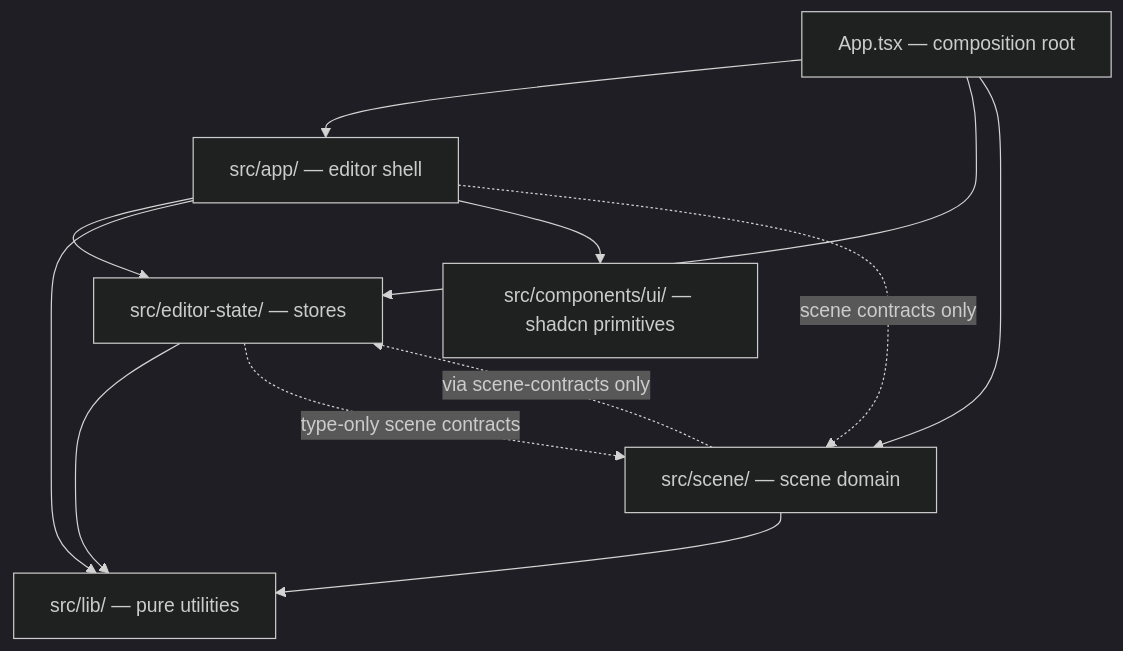
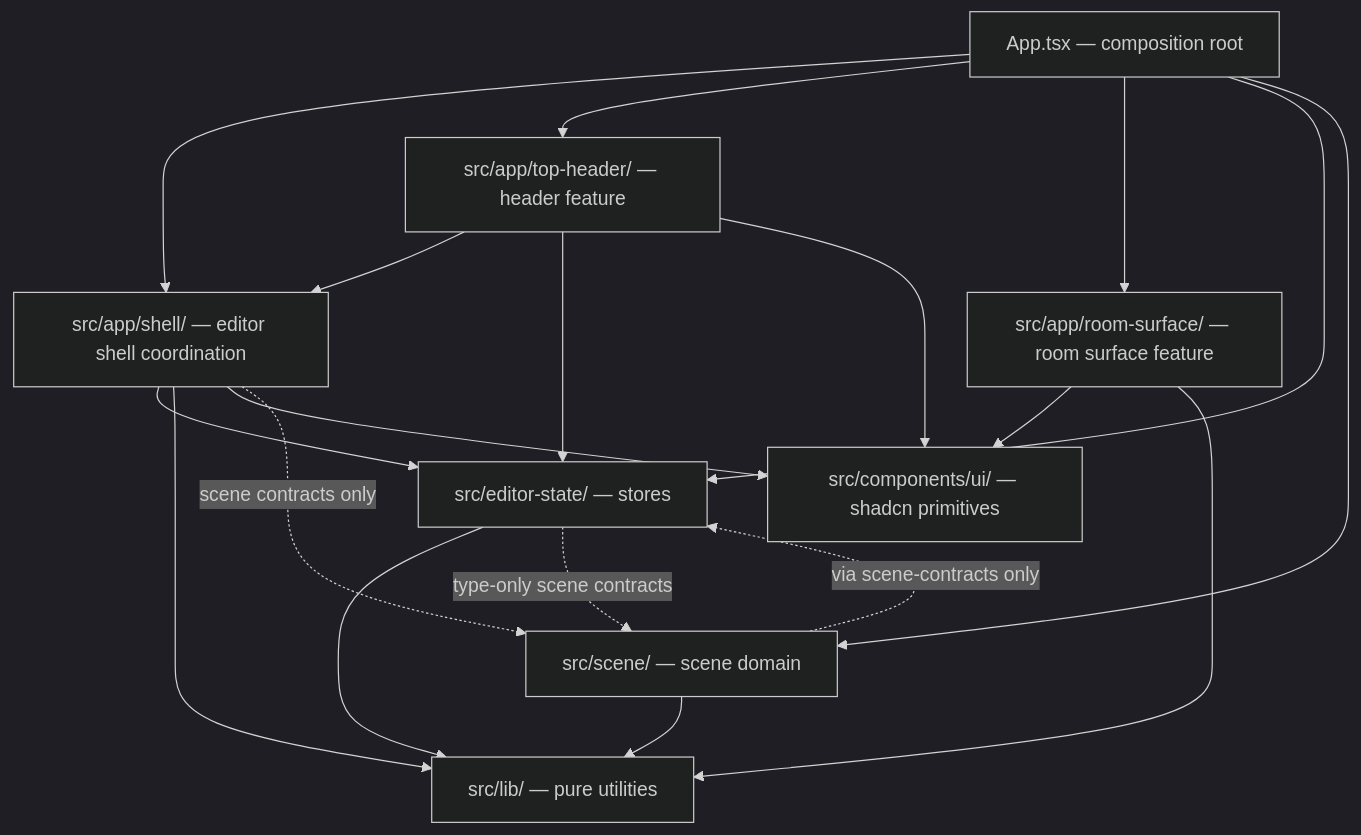
One commit to christopher-r-anderson/room-layout changed the diagram in docs/architecture-boundaries.md. Above: the diagram before and after it, drawn with Mermaid (dark theme). The commit also changed other lines of this file and 37 other files, not shown here.

First line of the commit message:
refactor(app): split overlay into shell feature modules

````diff
--- a/docs/architecture-boundaries.md
+++ b/docs/architecture-boundaries.md
@@ -5,25 +5,36 @@
 ```mermaid
 graph TD
   App["App.tsx — composition root"]
-  Shell["src/app/ — editor shell"]
+  Shell["src/app/shell/ — editor shell coordination"]
+  Header["src/app/top-header/ — header feature"]
+  Room["src/app/room-surface/ — room surface feature"]
   State["src/editor-state/ — stores"]
   Scene["src/scene/ — scene domain"]
   Lib["src/lib/ — pure utilities"]
   UI["src/components/ui/ — shadcn primitives"]
 
   App --> Shell
+  App --> Header
+  App --> Room
   App --> State
   App --> Scene
 
   Shell --> State
   Shell --> Lib
   Shell --> UI
+
+  Header --> Shell
+  Header --> State
+  Header --> UI
+
+  Room --> UI
+  Room --> Lib
 
   State --> Lib
 
   Scene --> Lib
 
   Shell -. "scene contracts only" .-> Scene
   State -. "type-only scene contracts" .-> Scene
   Scene -. "via scene-contracts only" .-> State
 ```
````
